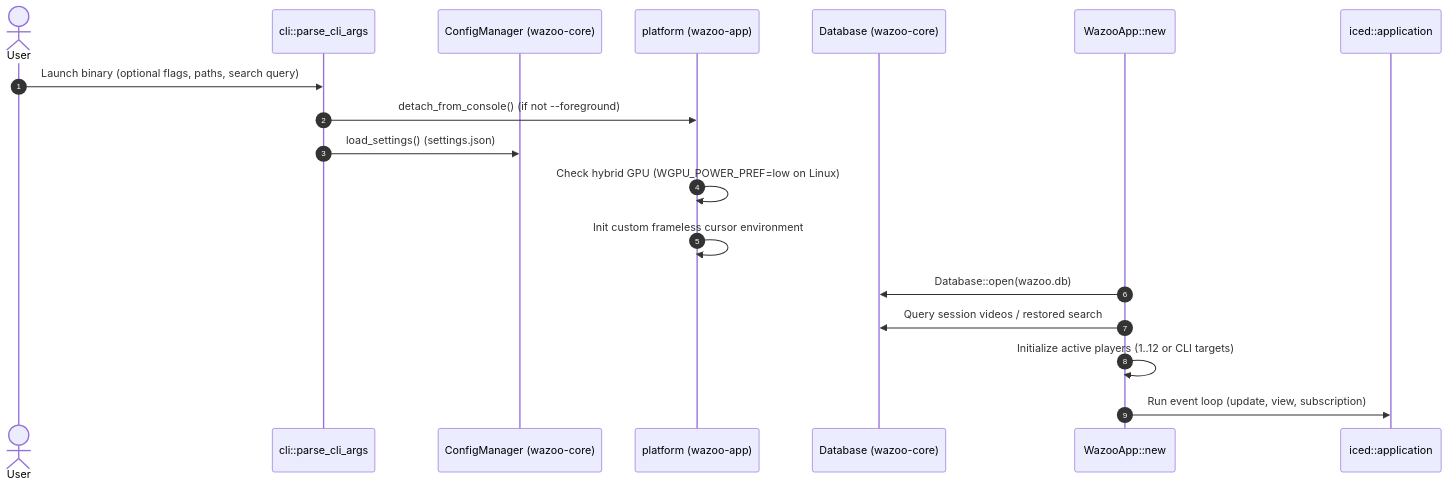
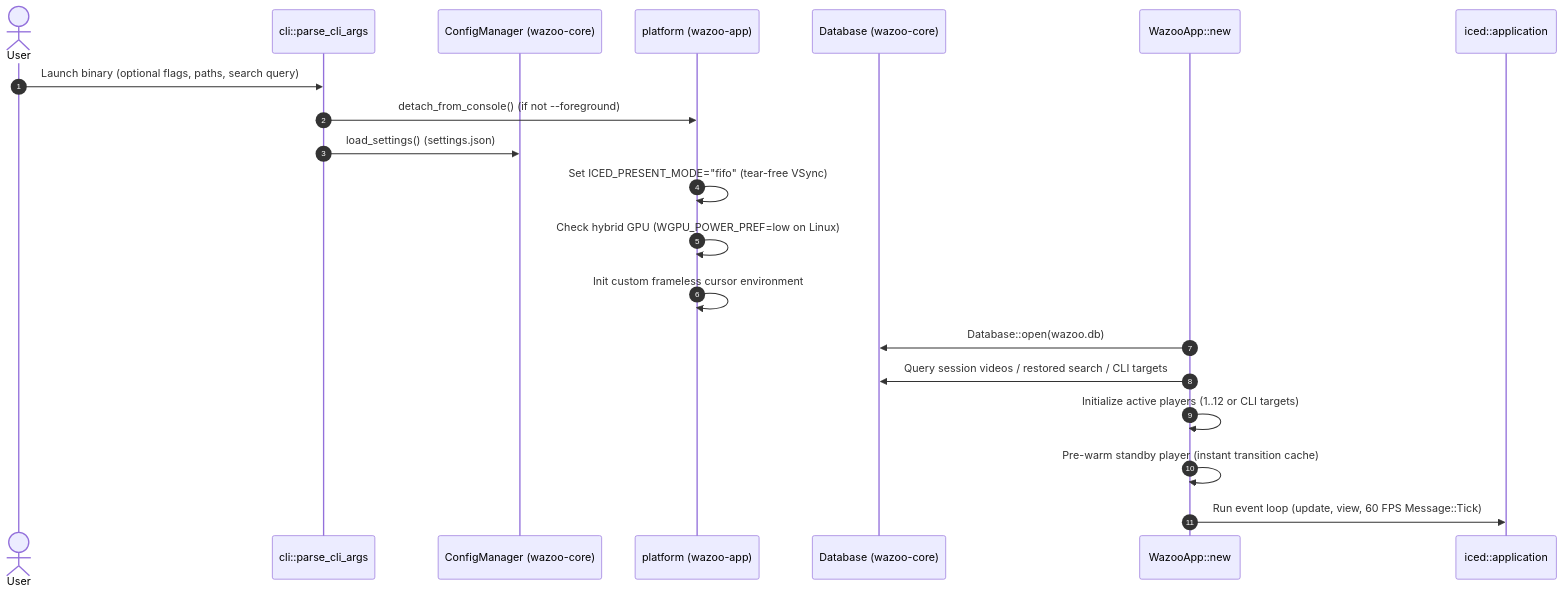
The second of 6 diagrams in docs/README.md (alkali-softworks/wazoo), drawn with Mermaid before and after one commit. The commit also changed other lines of this file and 5 other files, not shown here.

````diff
--- a/docs/README.md
+++ b/docs/README.md
@@ -40,21 +43,23 @@
 ```mermaid
 sequenceDiagram
     autonumber
     actor User
     participant CLI as cli::parse_cli_args
     participant Config as ConfigManager (wazoo-core)
     participant Platform as platform (wazoo-app)
     participant DB as Database (wazoo-core)
     participant App as WazooApp::new
     participant Iced as iced::application
 
     User->>CLI: Launch binary (optional flags, paths, search query)
     CLI->>Platform: detach_from_console() (if not --foreground)
     CLI->>Config: load_settings() (settings.json)
+    Platform->>Platform: Set ICED_PRESENT_MODE="fifo" (tear-free VSync)
     Platform->>Platform: Check hybrid GPU (WGPU_POWER_PREF=low on Linux)
     Platform->>Platform: Init custom frameless cursor environment
     App->>DB: Database::open(wazoo.db)
-    App->>DB: Query session videos / restored search
+    App->>DB: Query session videos / restored search / CLI targets
     App->>App: Initialize active players (1..12 or CLI targets)
-    App->>Iced: Run event loop (update, view, subscription)
+    App->>App: Pre-warm standby player (instant transition cache)
+    App->>Iced: Run event loop (update, view, 60 FPS Message::Tick)
 ```
````
